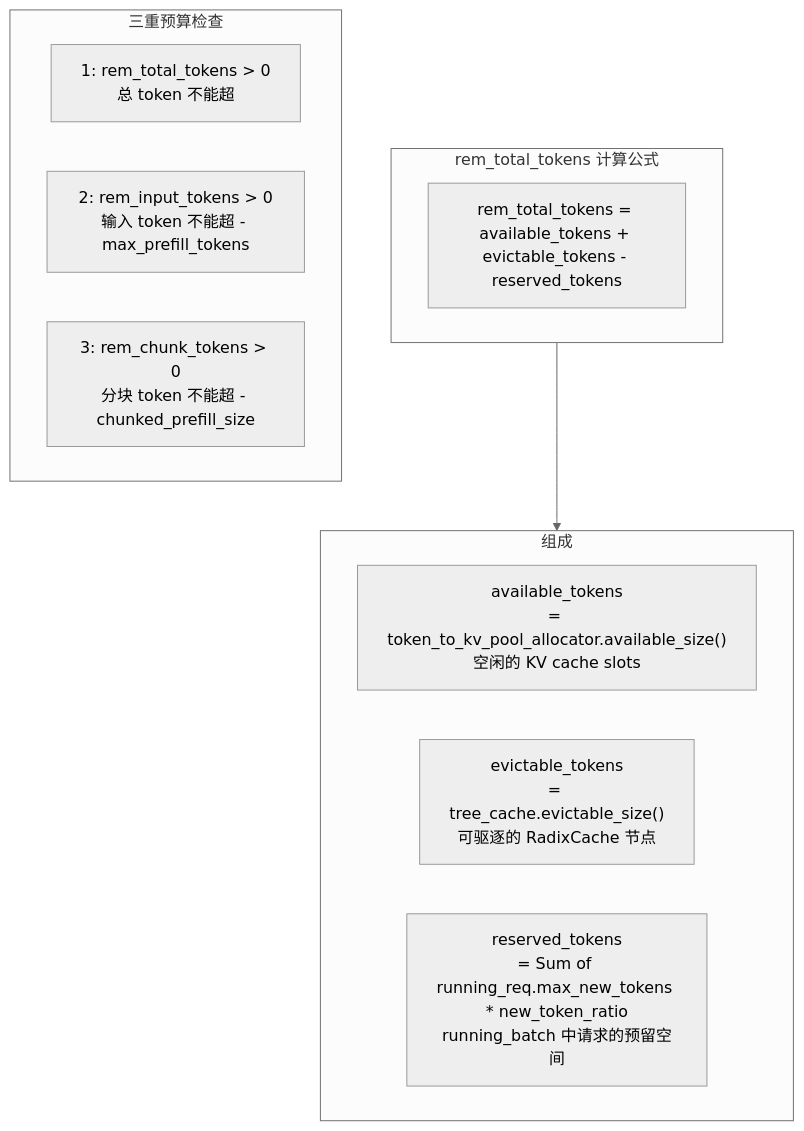
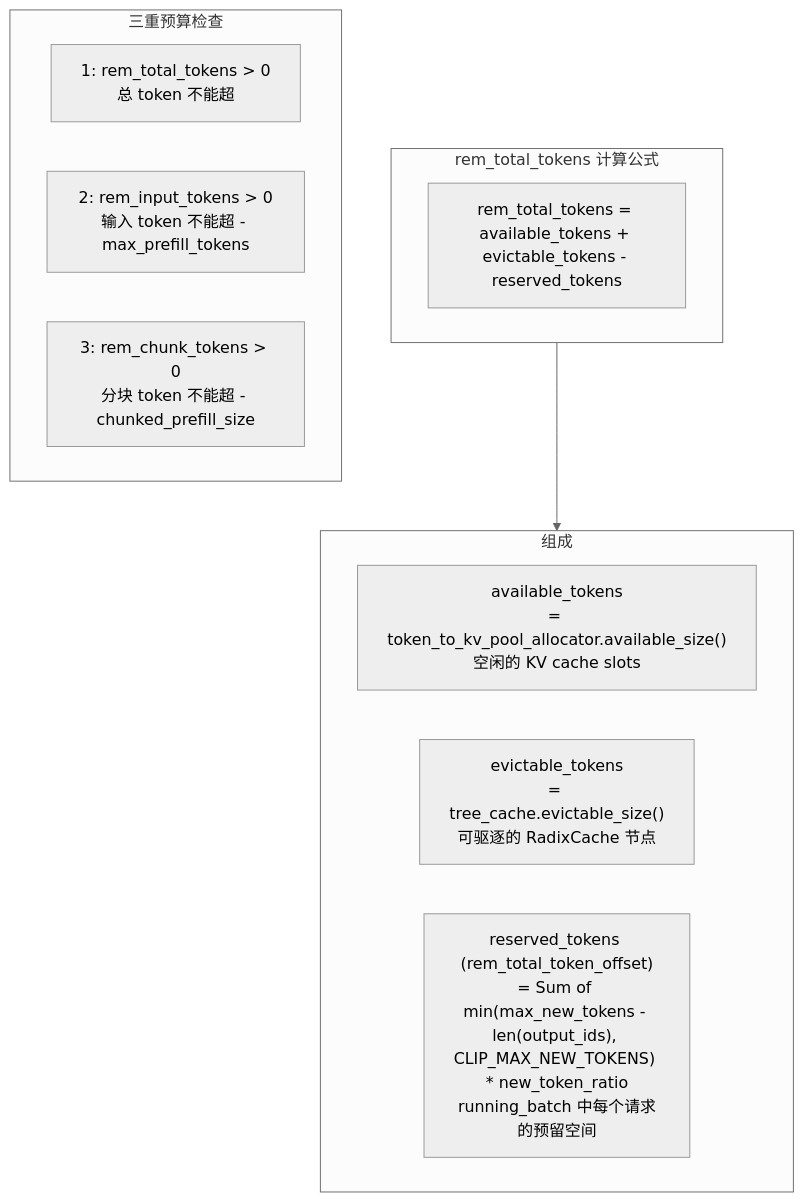
The fifth of 7 diagrams in content/SGLang/04_schedule_policy.md (wesleyck/AIInfraNotes), drawn with Mermaid (neutral theme) before and after one commit. The commit also changed other lines of this file and 7 other files, not shown here.

````diff
--- a/content/SGLang/04_schedule_policy.md
+++ b/content/SGLang/04_schedule_policy.md
@@ -300,20 +274,20 @@
 ```mermaid
 flowchart TB
     subgraph Formula["rem_total_tokens 计算公式"]
         F["rem_total_tokens = available_tokens + evictable_tokens - reserved_tokens"]
     end
 
     subgraph Components["组成"]
         AT["available_tokens<br/>= token_to_kv_pool_allocator.available_size()<br/>空闲的 KV cache slots"]
         ET["evictable_tokens<br/>= tree_cache.evictable_size()<br/>可驱逐的 RadixCache 节点"]
-        RT["reserved_tokens<br/>= Sum of running_req.max_new_tokens * new_token_ratio<br/>running_batch 中请求的预留空间"]
+        RT["reserved_tokens (rem_total_token_offset)<br/>= Sum of min(max_new_tokens - len(output_ids), CLIP_MAX_NEW_TOKENS) * new_token_ratio<br/>running_batch 中每个请求的预留空间"]
     end
 
     Formula --> Components
 
     subgraph Budget["三重预算检查"]
         B1["1: rem_total_tokens > 0<br/>总 token 不能超"]
         B2["2: rem_input_tokens > 0<br/>输入 token 不能超 - max_prefill_tokens"]
         B3["3: rem_chunk_tokens > 0<br/>分块 token 不能超 - chunked_prefill_size"]
     end
 ```
````
